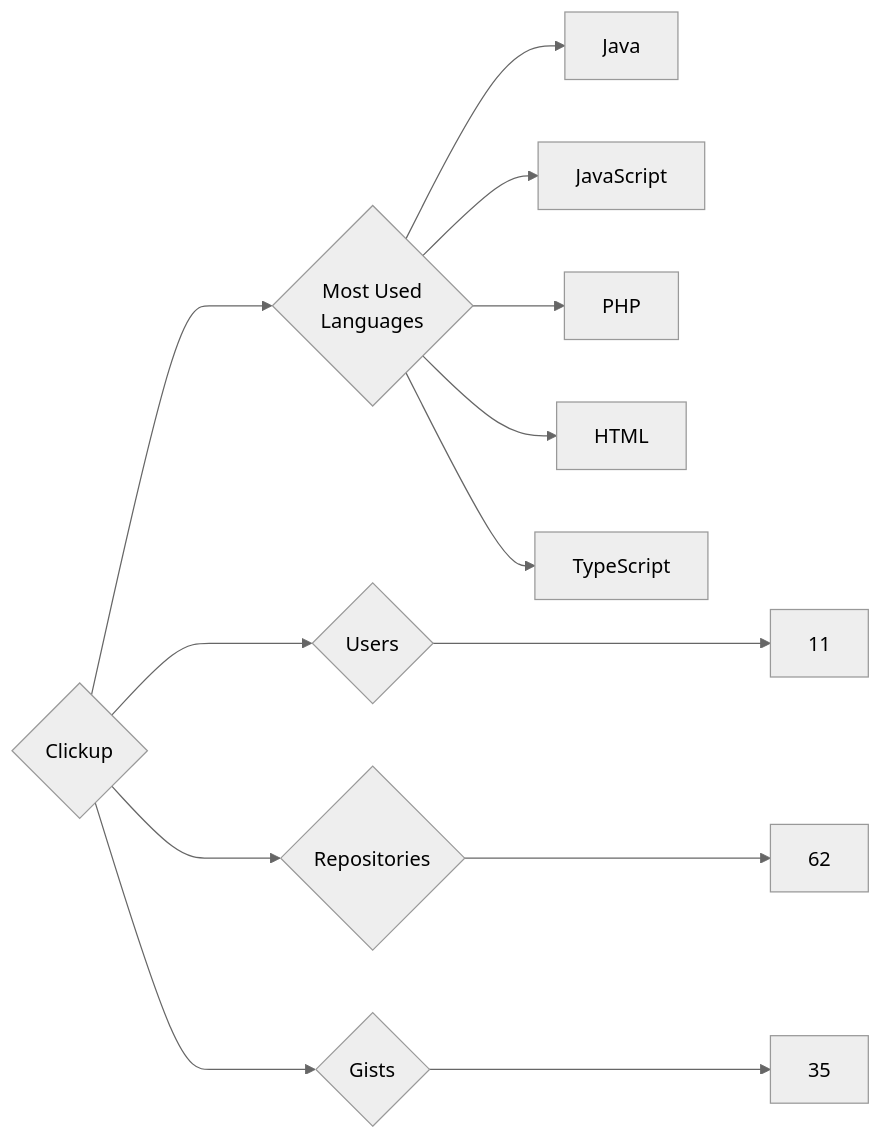
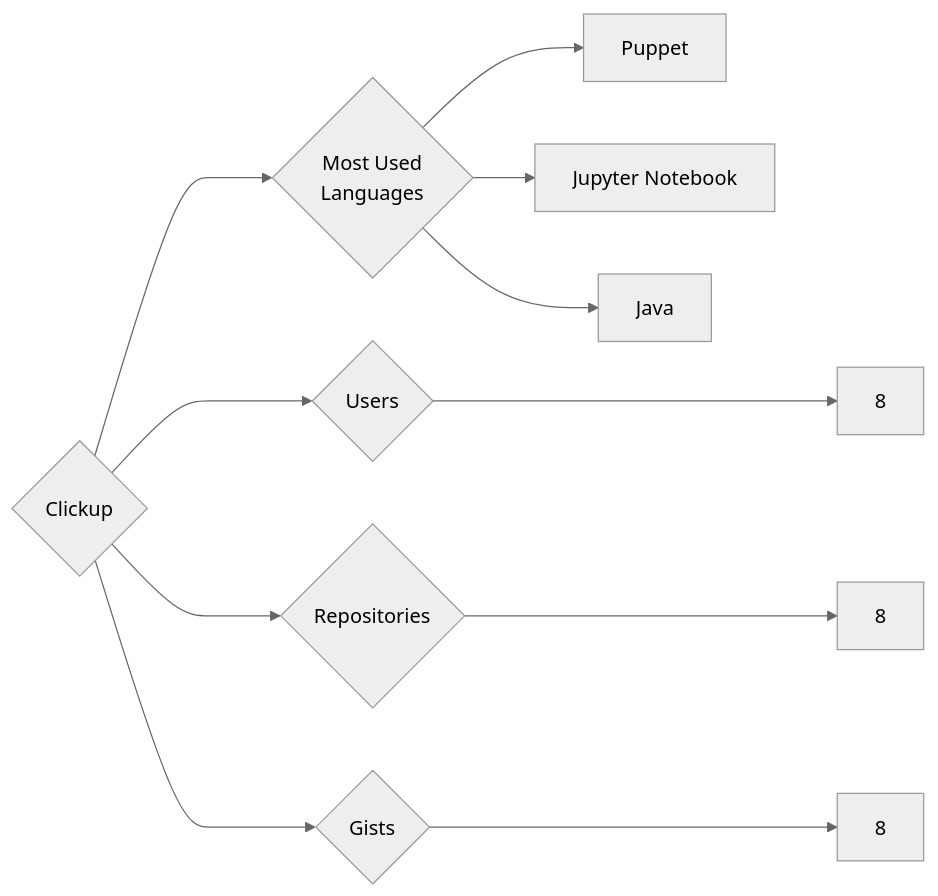
Before and after one commit to trickest/insiders: the diagram in targets/Clickup/README.md, drawn with Mermaid (neutral theme). The commit also changed 1141 other files, not shown here.

````diff
--- a/targets/Clickup/README.md
+++ b/targets/Clickup/README.md
@@ -3,13 +3,11 @@
 ```mermaid
 graph LR
 COMPANY_NAME{Clickup}
-COMPANY_NAME ---> U{Users} ---> UN[11]
-COMPANY_NAME ---> R{Repositories} ---> RN[62]
-COMPANY_NAME ---> G{Gists} ---> GN[35]
+COMPANY_NAME ---> U{Users} ---> UN[8]
+COMPANY_NAME ---> R{Repositories} ---> RN[8]
+COMPANY_NAME ---> G{Gists} ---> GN[8]
 COMPANY_NAME ---> ML{Most Used<br>Languages}
+ML --> Puppet[Puppet]
+ML --> Jupyter_Notebook[Jupyter Notebook]
 ML --> Java[Java]
-ML --> JavaScript[JavaScript]
-ML --> PHP[PHP]
-ML --> HTML[HTML]
-ML --> TypeScript[TypeScript]
 ```
````
